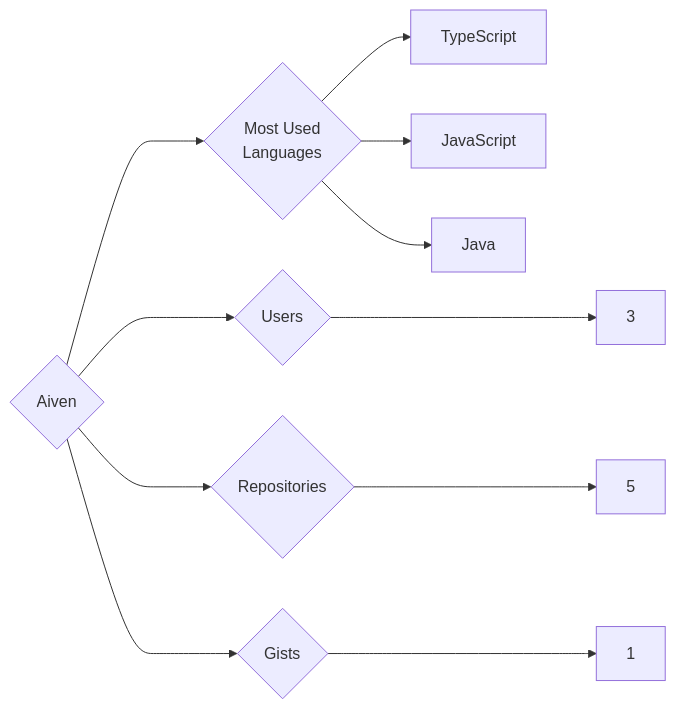
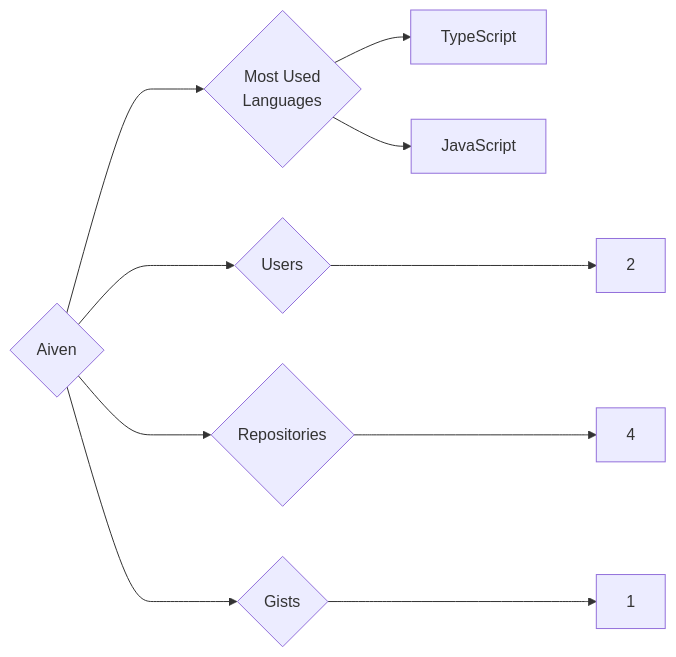
Before and after one commit to trickest/insiders: the diagram in targets/Aiven/README.md, drawn with Mermaid. The commit also changed 985 other files, not shown here.

````diff
--- a/targets/Aiven/README.md
+++ b/targets/Aiven/README.md
@@ -3,11 +3,10 @@
 ```mermaid
 graph LR
 COMPANY_NAME{Aiven}
-COMPANY_NAME ---> U{Users} ---> UN[3]
-COMPANY_NAME ---> R{Repositories} ---> RN[5]
+COMPANY_NAME ---> U{Users} ---> UN[2]
+COMPANY_NAME ---> R{Repositories} ---> RN[4]
 COMPANY_NAME ---> G{Gists} ---> GN[1]
 COMPANY_NAME ---> ML{Most Used<br>Languages}
 ML --> TypeScript[TypeScript]
 ML --> JavaScript[JavaScript]
-ML --> Java[Java]
 ```
````
